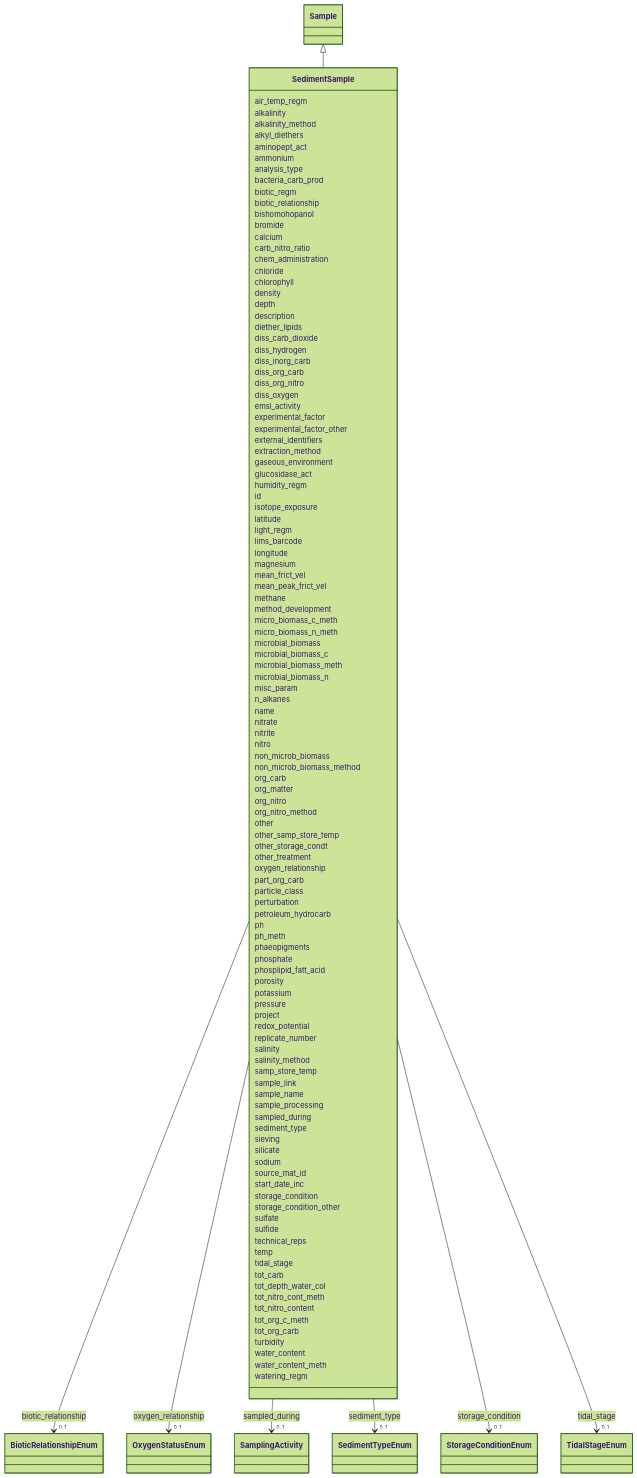
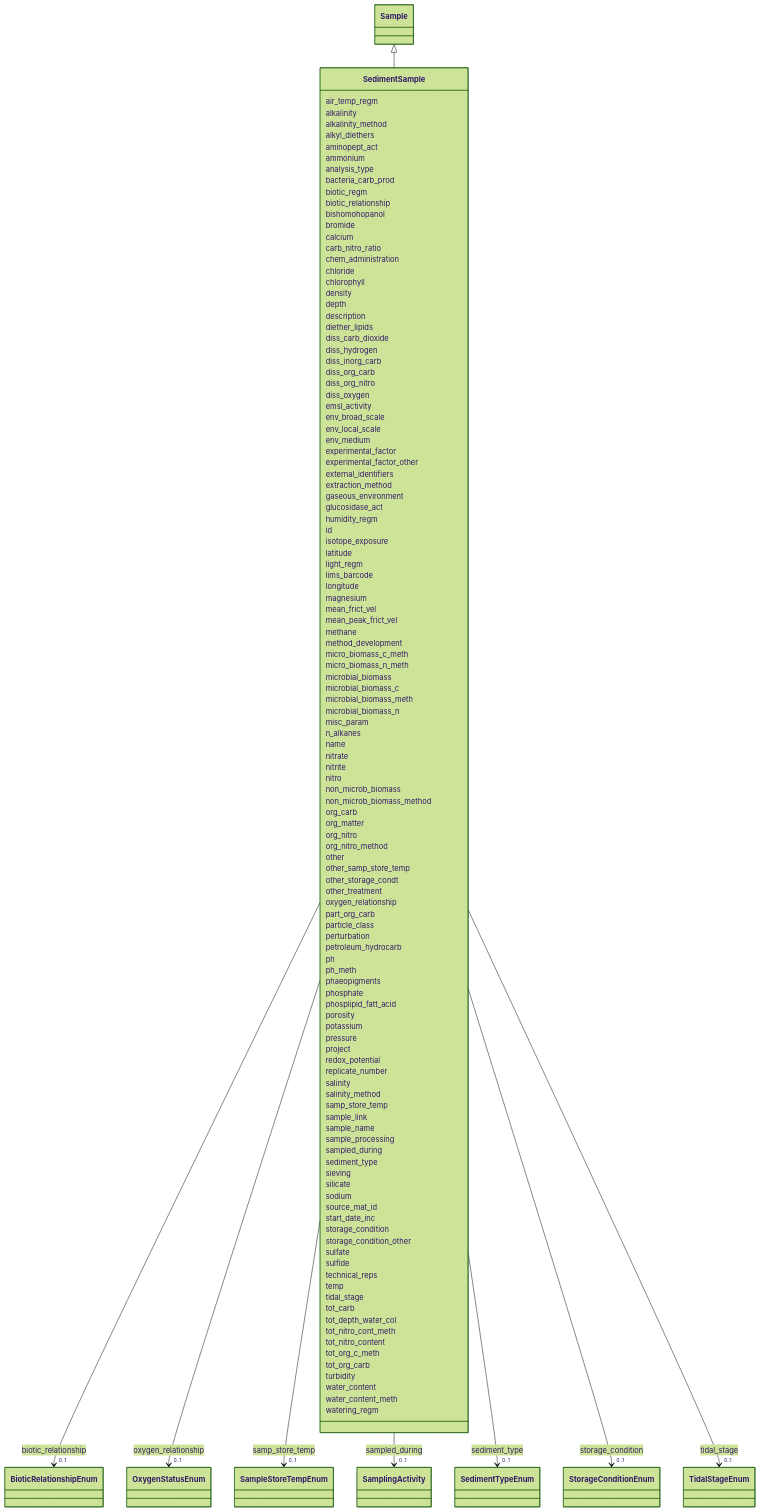
One commit to EMSL-Computing/BASALT-Schema changed the diagram in docs/elements/SedimentSample.md. Above: the diagram before and after it, drawn with Mermaid (forest theme). The commit also changed other lines of this file and 388 other files, not shown here.

```diff
--- a/docs/elements/SedimentSample.md
+++ b/docs/elements/SedimentSample.md
@@ -88,6 +88,12 @@
       SedimentSample : diss_oxygen
         
       SedimentSample : emsl_activity
+        
+      SedimentSample : env_broad_scale
+        
+      SedimentSample : env_local_scale
+        
+      SedimentSample : env_medium
         
       SedimentSample : experimental_factor
         
@@ -225,6 +231,11 @@
           
     
     
+    
+    
+    SedimentSample --> "0..1" SampleStoreTempEnum : samp_store_temp
+    click SampleStoreTempEnum href "../SampleStoreTempEnum"
+    
 
         
       SedimentSample : sample_link
```
